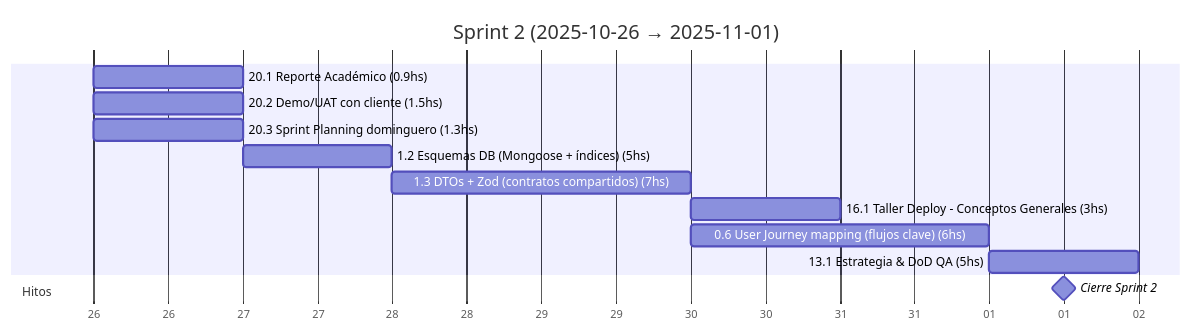
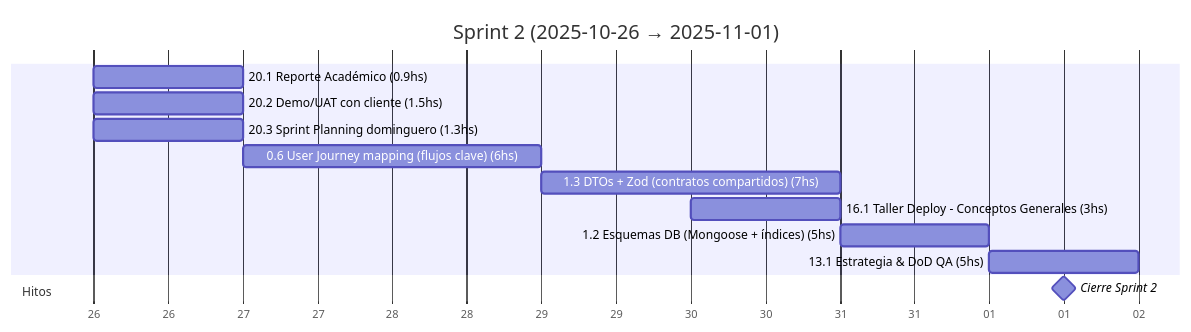
The third of 18 diagrams in docs/SprintsGantts.md (MarkMed/FleetMan), drawn with Mermaid before and after one commit.

Commit message:
fix: Update Sprint #2 tasks in Gantt chart to reflect accurate dependencies and durations

````diff
--- a/docs/SprintsGantts.md
+++ b/docs/SprintsGantts.md
@@ -78,20 +78,20 @@
 ```mermaid
 gantt
   title Sprint 2 (2025-10-26 → 2025-11-01)
   dateFormat  YYYY-MM-DD
   axisFormat  %d
 
   %% Asumimos 5 h/día. Horas estimadas incluidas en el nombre.
 
   20.1 Reporte Académico (0.9hs)               :t201, 2025-10-26, 1d
   20.2 Demo/UAT con cliente (1.5hs)            :t202, 2025-10-26, 1d
   20.3 Sprint Planning dominguero (1.3hs)      :t203, 2025-10-26, 1d
-  1.2 Esquemas DB (Mongoose + índices) (5hs)   :t12, after t203, 1d
-  1.3 DTOs + Zod (contratos compartidos) (7hs) :t13, after t12, 2d
+  0.6 User Journey mapping (flujos clave) (6hs) :t06, after t203, 2d
+  1.3 DTOs + Zod (contratos compartidos) (7hs) :t13, after t06, 2d
   16.1 Taller Deploy - Conceptos Generales (3hs) :t161, 2025-10-30, 1d
-  0.6 User Journey mapping (flujos clave) (6hs) :t06, after t13, 2d
-  13.1 Estrategia & DoD QA (5hs)               :t131, after t06, 1d
+  1.2 Esquemas DB (Mongoose + índices) (5hs)   :t12, after t13, 1d
+  13.1 Estrategia & DoD QA (5hs)               :t131, after t12, 1d
 
   section Hitos
   Cierre Sprint 2                              :milestone, s2, 2025-11-01, 1d
 ```
````
